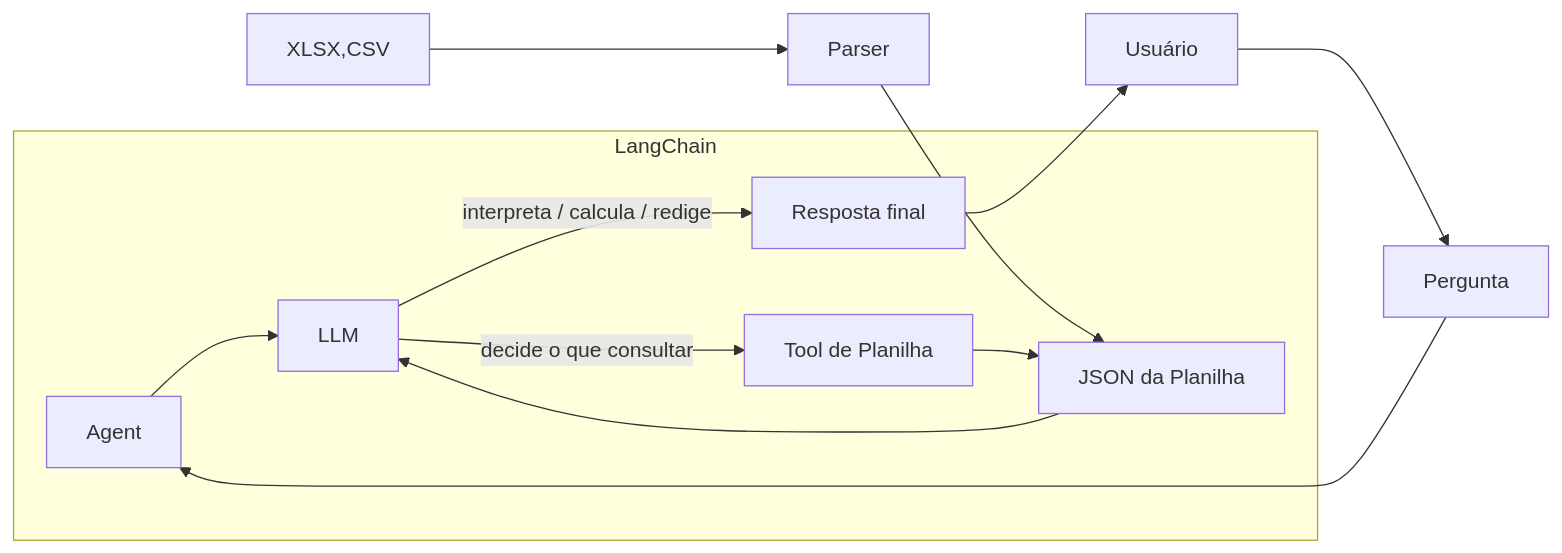
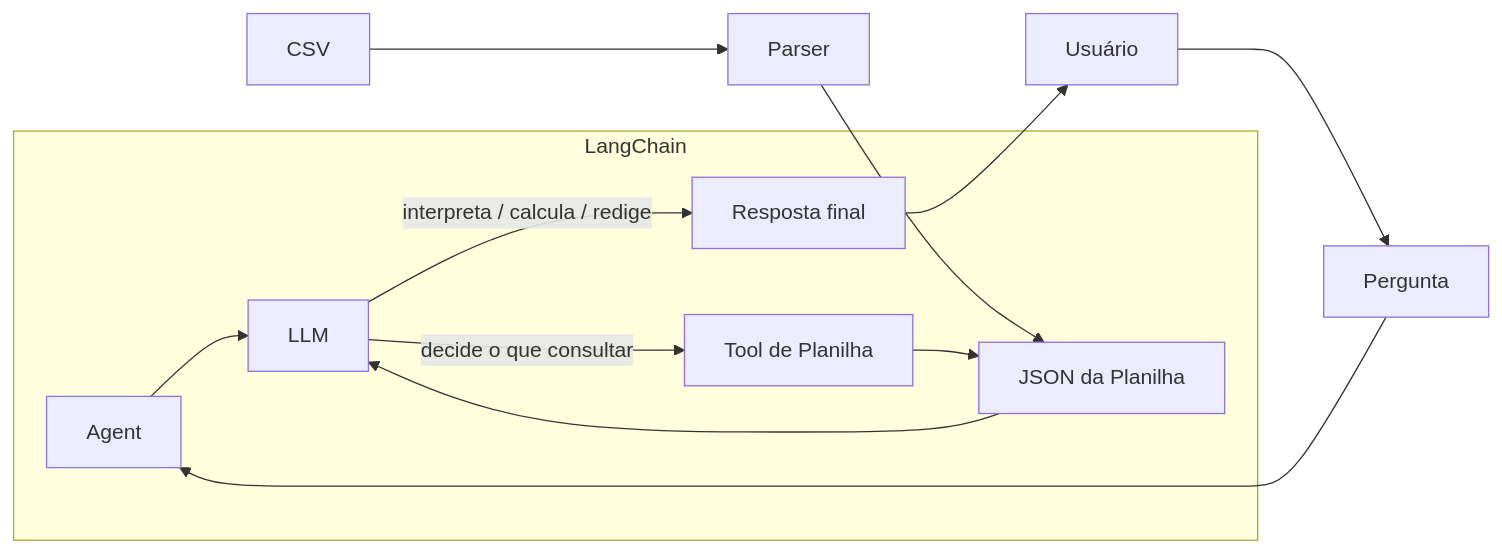
One commit to gbrielmartinssreo/Natural-Language-Query changed the diagram in docs/architecture.md. Above: the diagram before and after it, drawn with Mermaid. The commit also changed other lines of this file and 7 other files, not shown here.

````diff
--- a/docs/architecture.md
+++ b/docs/architecture.md
@@ -10,24 +10,24 @@
 ```mermaid
 ---
 config:
   layout: dagre
 ---
 flowchart LR
  subgraph LC["LangChain"]
         A["Agent"]
         L1["LLM"]
         T["Tool de Planilha"]
         J["JSON da Planilha"]
         R["Resposta final"]
   end
     U["Usuário"] --> Q["Pergunta"]
-    X["XLSX,CSV"] --> P["Parser"]
+    X["CSV"] --> P["Parser"]
     P --> J
     Q --> A
     A --> L1
     L1 -- decide o que consultar --> T
     T --> J
     J --> L1
     L1 -- interpreta / calcula / redige --> R
     R --> U
 ```
````
